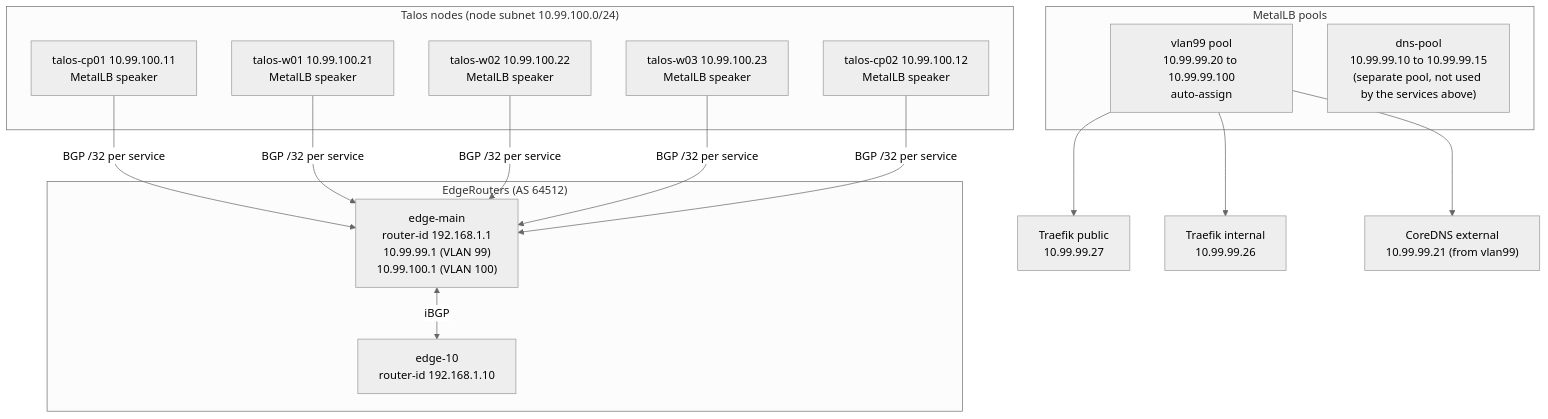
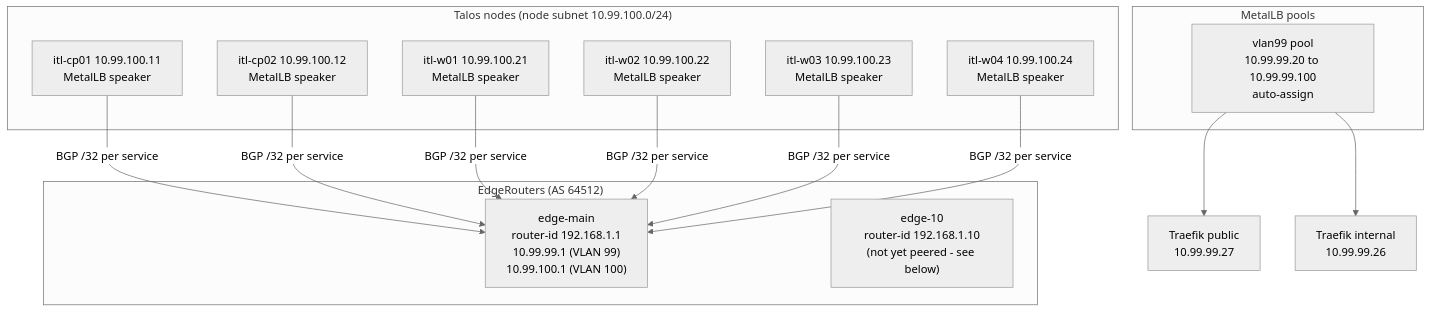
One commit to ITlusions/ITL.K8S changed the diagram in docs/1-cluster/1.5-loadbalancing-bgp.md. Above: the diagram before and after it, drawn with Mermaid (neutral theme). The commit also changed other lines of this file and 7 other files, not shown here.

Commit message:
feat(docs): update architecture details, add cluster capability matrix, enhance load balancing and DNS documentation, and introduce Hubble UI OIDC plan and personas

````diff
--- a/docs/1-cluster/1.5-loadbalancing-bgp.md
+++ b/docs/1-cluster/1.5-loadbalancing-bgp.md
@@ -7,35 +7,33 @@
 ```mermaid
 flowchart TB
     subgraph NODES["Talos nodes (node subnet 10.99.100.0/24)"]
-        CP1["talos-cp01 10.99.100.11<br/>MetalLB speaker"]
-        CP2["talos-cp02 10.99.100.12<br/>MetalLB speaker"]
-        W1["talos-w01 10.99.100.21<br/>MetalLB speaker"]
-        W2["talos-w02 10.99.100.22<br/>MetalLB speaker"]
-        W3["talos-w03 10.99.100.23<br/>MetalLB speaker"]
+        CP1["itl-cp01 10.99.100.11<br/>MetalLB speaker"]
+        CP2["itl-cp02 10.99.100.12<br/>MetalLB speaker"]
+        W1["itl-w01 10.99.100.21<br/>MetalLB speaker"]
+        W2["itl-w02 10.99.100.22<br/>MetalLB speaker"]
+        W3["itl-w03 10.99.100.23<br/>MetalLB speaker"]
+        W4["itl-w04 10.99.100.24<br/>MetalLB speaker"]
     end
 
     subgraph ROUTERS["EdgeRouters (AS 64512)"]
         EM["edge-main<br/>router-id 192.168.1.1<br/>10.99.99.1 (VLAN 99)<br/>10.99.100.1 (VLAN 100)"]
-        E10["edge-10<br/>router-id 192.168.1.10"]
+        E10["edge-10<br/>router-id 192.168.1.10<br/>(not yet peered - see below)"]
     end
 
     subgraph POOL["MetalLB pools"]
         VL99["vlan99 pool<br/>10.99.99.20 to 10.99.99.100<br/>auto-assign"]
-        DNSP["dns-pool<br/>10.99.99.10 to 10.99.99.15<br/>(separate pool, not used by the services above)"]
     end
 
     SVC1["Traefik public<br/>10.99.99.27"]
     SVC2["Traefik internal<br/>10.99.99.26"]
-    SVC3["CoreDNS external<br/>10.99.99.21 (from vlan99)"]
 
     VL99 --> SVC1
     VL99 --> SVC2
-    VL99 --> SVC3
 
     CP1 -- "BGP /32 per service" --> EM
+    CP2 -- "BGP /32 per service" --> EM
     W1 -- "BGP /32 per service" --> EM
     W2 -- "BGP /32 per service" --> EM
     W3 -- "BGP /32 per service" --> EM
-    CP2 -- "BGP /32 per service" --> EM
-    EM <-- "iBGP" --> E10
+    W4 -- "BGP /32 per service" --> EM
 ```
````
